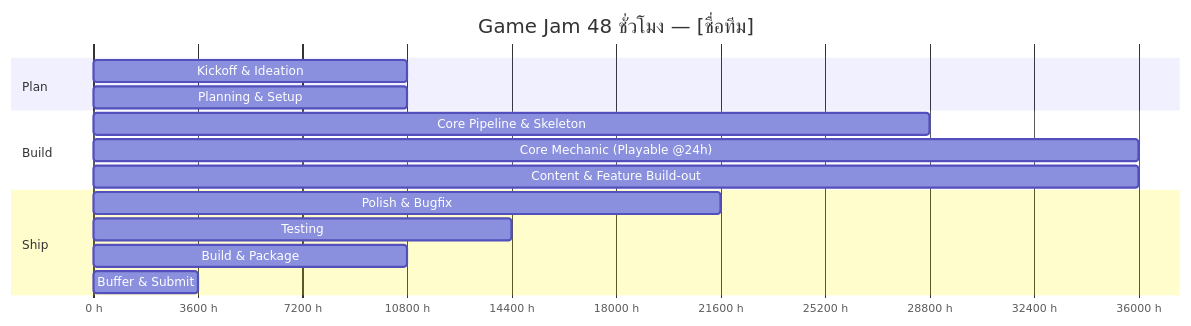
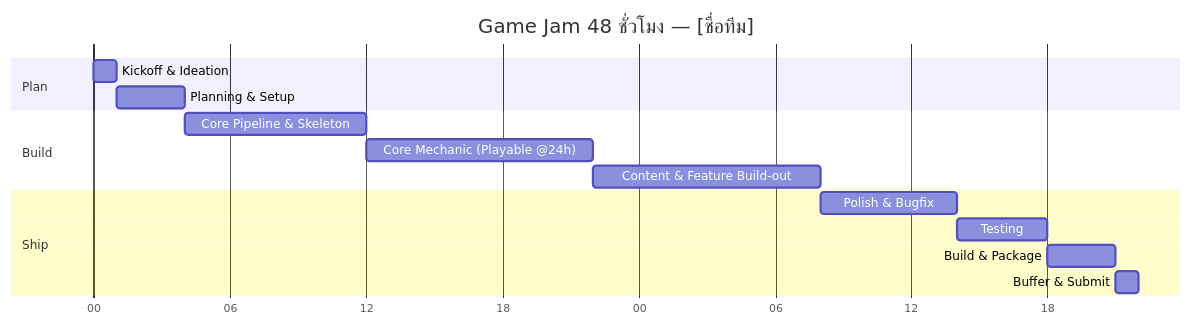
One commit to thanapoom697-maker/New-folder-Dg225-682110117 changed the diagram in Project_GameJam/week03_Project_Dont/week05_Project_Dont/00-timeline.md. Above: the diagram before and after it, drawn with Mermaid. The commit also changed other lines of this file and 4 other files, not shown here.

Commit message:
Update game design documents for STRESSED: refine concept details, enhance core loop descriptions, and clarify team roles and timeline.

````diff
--- a/Project_GameJam/week03_Project_Dont/week05_Project_Dont/00-timeline.md
+++ b/Project_GameJam/week03_Project_Dont/week05_Project_Dont/00-timeline.md
@@ -30,18 +31,22 @@
 ```mermaid
 gantt
     title Game Jam 48 ชั่วโมง — [ชื่อทีม]
-    dateFormat  X
-    axisFormat %s h
+    dateFormat YYYY-MM-DD HH:mm
+    axisFormat %H
+    tickInterval 1h
+  
     section Plan
-    Kickoff & Ideation        :0, 3h
-    Planning & Setup          :3, 3h
+    Kickoff & Ideation           :a1, 2026-07-24 00:00, 1h
+    Planning & Setup             :a2, after a1, 3h
+  
     section Build
-    Core Pipeline & Skeleton  :6, 8h
-    Core Mechanic (Playable @24h) :14, 10h
-    Content & Feature Build-out :24, 10h
+    Core Pipeline & Skeleton     :b1, after a2, 8h
+    Core Mechanic (Playable @24h):b2, after b1, 10h
+    Content & Feature Build-out  :b3, after b2, 10h
+  
     section Ship
-    Polish & Bugfix           :34, 6h
-    Testing                   :40, 4h
-    Build & Package           :44, 3h
-    Buffer & Submit           :47, 1h
+    Polish & Bugfix              :c1, after b3, 6h
+    Testing                      :c2, after c1, 4h
+    Build & Package              :c3, after c2, 3h
+    Buffer & Submit              :c4, after c3, 1h
 ```
````
